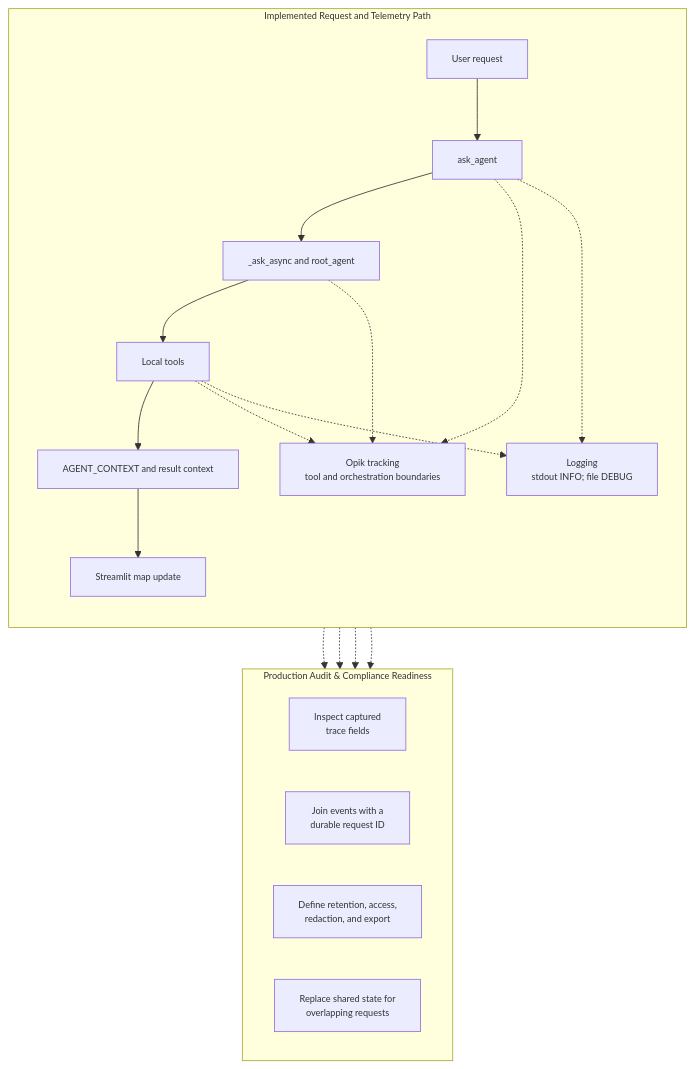
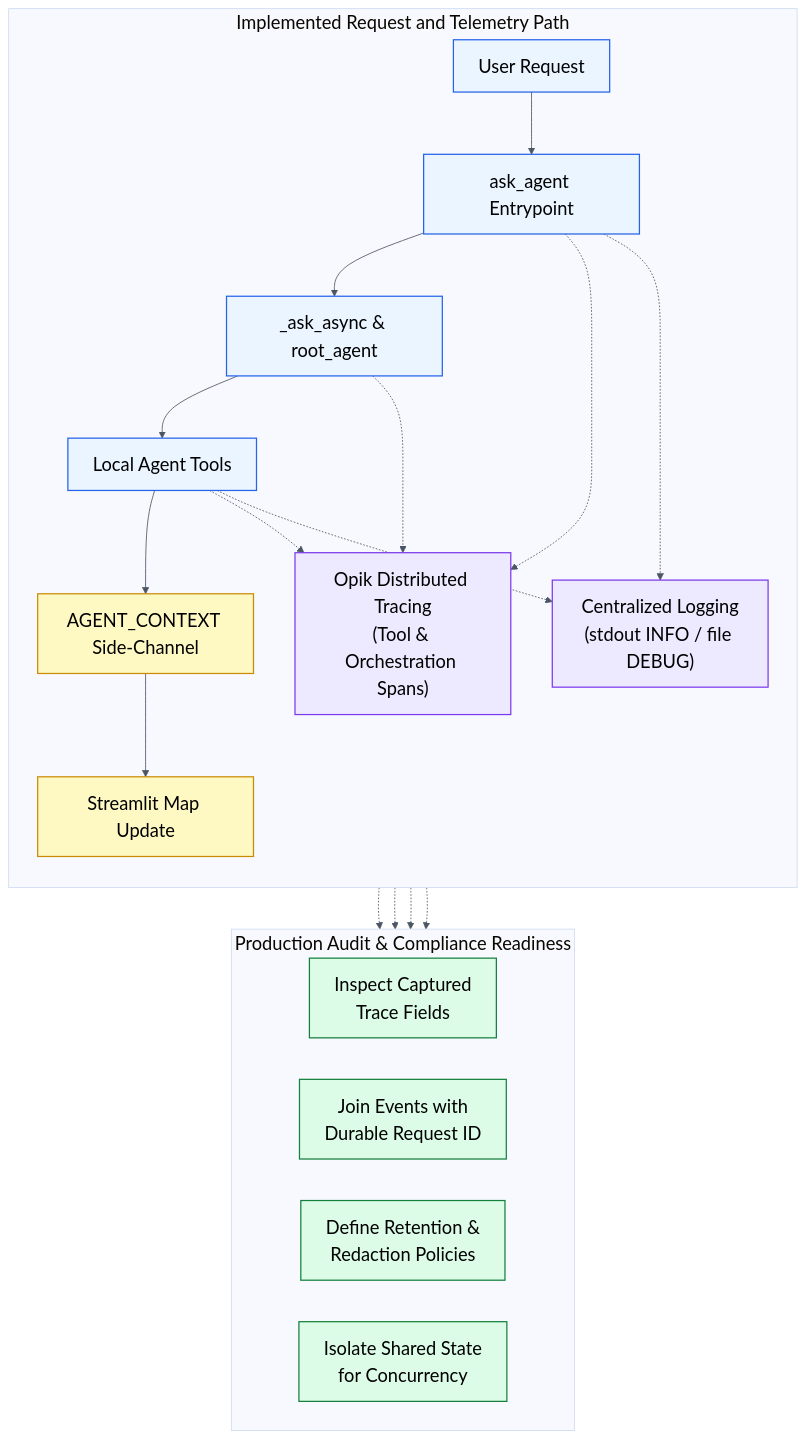
One commit to the-write-path-code/ch07-proactive-event-driven-agents changed the fifth of 5 diagrams in workflows/architecture_workflows.md. Above: the diagram before and after it, drawn with Mermaid. The commit also changed other lines of this file and 1 other file, not shown here.

Commit message:
Optimize workflow diagrams for Wiley-IEEE production standards

````diff
--- a/workflows/architecture_workflows.md
+++ b/workflows/architecture_workflows.md
@@ -262,38 +246,47 @@
 ```mermaid
-%%{init: {"themeVariables": {"fontFamily": "Arial, Helvetica, sans-serif", "fontSize": "11px", "actorFontSize": "11px", "noteFontSize": "10px", "messageFontSize": "10px"}}}%%
+%%{init: {"theme": "base", "themeVariables": {"fontFamily": "Arial, Helvetica, sans-serif", "fontSize": "22px", "primaryTextColor": "#000000", "lineColor": "#4B5563"}}}%%
 flowchart TB
-
-    subgraph A["Implemented Request and Telemetry Path"]
+    subgraph A ["Implemented Request and Telemetry Path"]
         direction TB
-        U[User request]:::flow
-        A1[ask_agent]:::flow
-        A2[_ask_async and root_agent]:::flow
-        T[Local tools]:::flow
-        S[AGENT_CONTEXT and result context]:::state
-        UI[Streamlit map update]:::state
+        U["User Request"]
+        A1["ask_agent Entrypoint"]
+        A2["_ask_async & root_agent"]
+        T["Local Agent Tools"]
+        S["AGENT_CONTEXT Side-Channel"]
+        UI["Streamlit Map Update"]
 
         U --> A1 --> A2 --> T --> S --> UI
 
-        O[Opik tracking<br/>tool and orchestration boundaries]:::telemetry
-        L[Logging<br/>stdout INFO; file DEBUG]:::telemetry
+        O["Opik Distributed Tracing<br/>(Tool & Orchestration Spans)"]
+        L["Centralized Logging<br/>(stdout INFO / file DEBUG)"]
 
         A1 -.-> O
         A2 -.-> O
         T -.-> O
         A1 -.-> L
         T -.-> L
     end
 
-    subgraph B["Production Audit & Compliance Readiness"]
+    subgraph B ["Production Audit & Compliance Readiness"]
         direction LR
-        G1[Inspect captured<br/>trace fields]:::gap
-        G2[Join events with a<br/>durable request ID]:::gap
-        G3[Define retention, access,<br/>redaction, and export]:::gap
-        G4[Replace shared state for<br/>overlapping requests]:::gap
+        G1["Inspect Captured<br/>Trace Fields"]
+        G2["Join Events with<br/>Durable Request ID"]
+        G3["Define Retention &<br/>Redaction Policies"]
+        G4["Isolate Shared State<br/>for Concurrency"]
     end
 
     O -.-> G1
     O -.-> G2
     L -.-> G3
     S -.-> G4
+
+    classDef flow fill:#EBF5FF,stroke:#2563EB,color:#000000,stroke-width:1.5px
+    classDef state fill:#FEF9C3,stroke:#CA8A04,color:#000000,stroke-width:1.5px
+    classDef telem fill:#EDE9FE,stroke:#7C3AED,color:#000000,stroke-width:1.5px
+    classDef audit fill:#DCFCE7,stroke:#15803D,color:#000000,stroke-width:1.5px
+
+    class U,A1,A2,T flow
+    class S,UI state
+    class O,L telem
+    class G1,G2,G3,G4 audit
 ```
````
